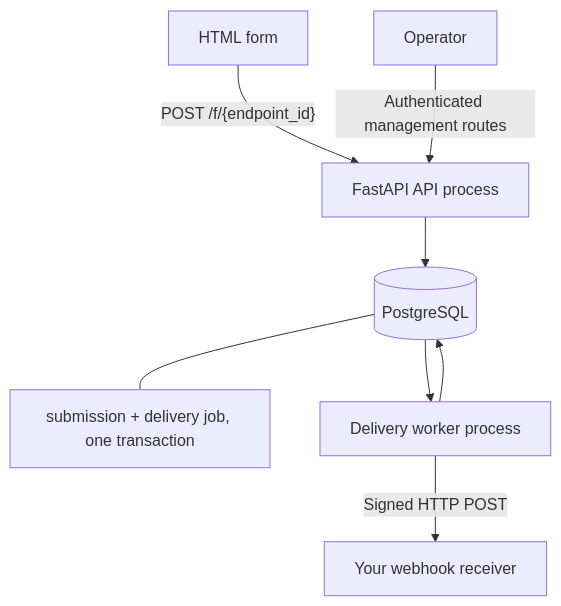
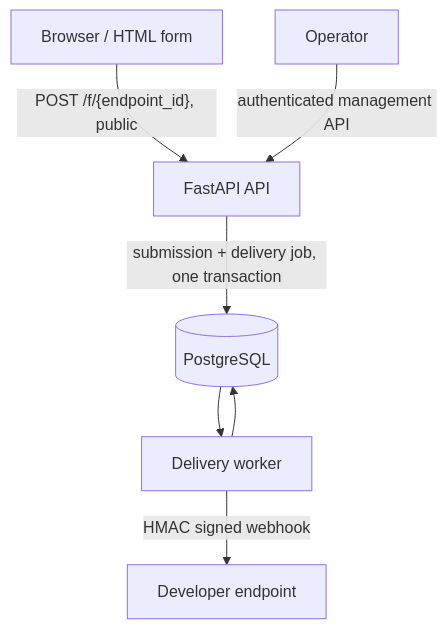
Before and after one commit to hymical/forms: the diagram in docs/architecture/overview.md, drawn with Mermaid. The commit also changed 12 other files, not shown here.

````diff
--- a/docs/architecture/overview.md
+++ b/docs/architecture/overview.md
@@ -5,10 +5,9 @@
 ```mermaid
 flowchart TD
-    Form["HTML form"] -->|"POST /f/{endpoint_id}"| API["FastAPI API process"]
-    Operator["Operator"] -->|"Authenticated management routes"| API
-    API --> DB[("PostgreSQL")]
-    DB --- Rows["submission + delivery job, one transaction"]
-    DB --> Worker["Delivery worker process"]
-    Worker -->|"Signed HTTP POST"| Receiver["Your webhook receiver"]
+    Form["Browser / HTML form"] -->|"POST /f/{endpoint_id}, public"| API["FastAPI API"]
+    Operator["Operator"] -->|"authenticated management API"| API
+    API -->|"submission + delivery job, one transaction"| DB[("PostgreSQL")]
+    DB --> Worker["Delivery worker"]
+    Worker -->|"HMAC signed webhook"| Receiver["Developer endpoint"]
     Worker --> DB
 ```
````
